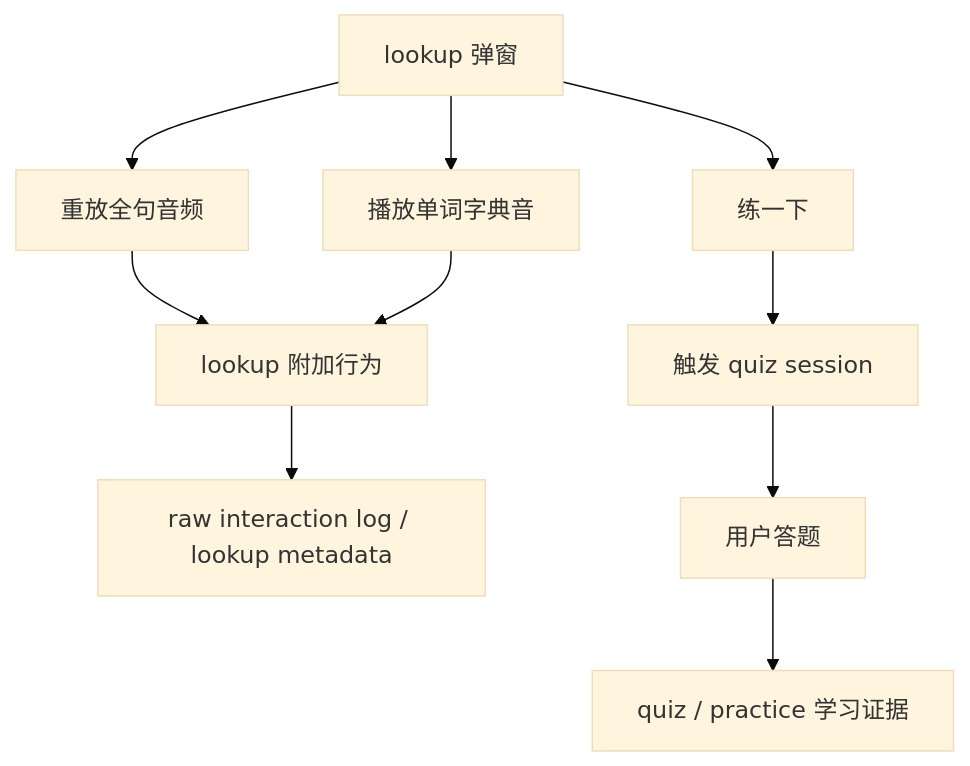
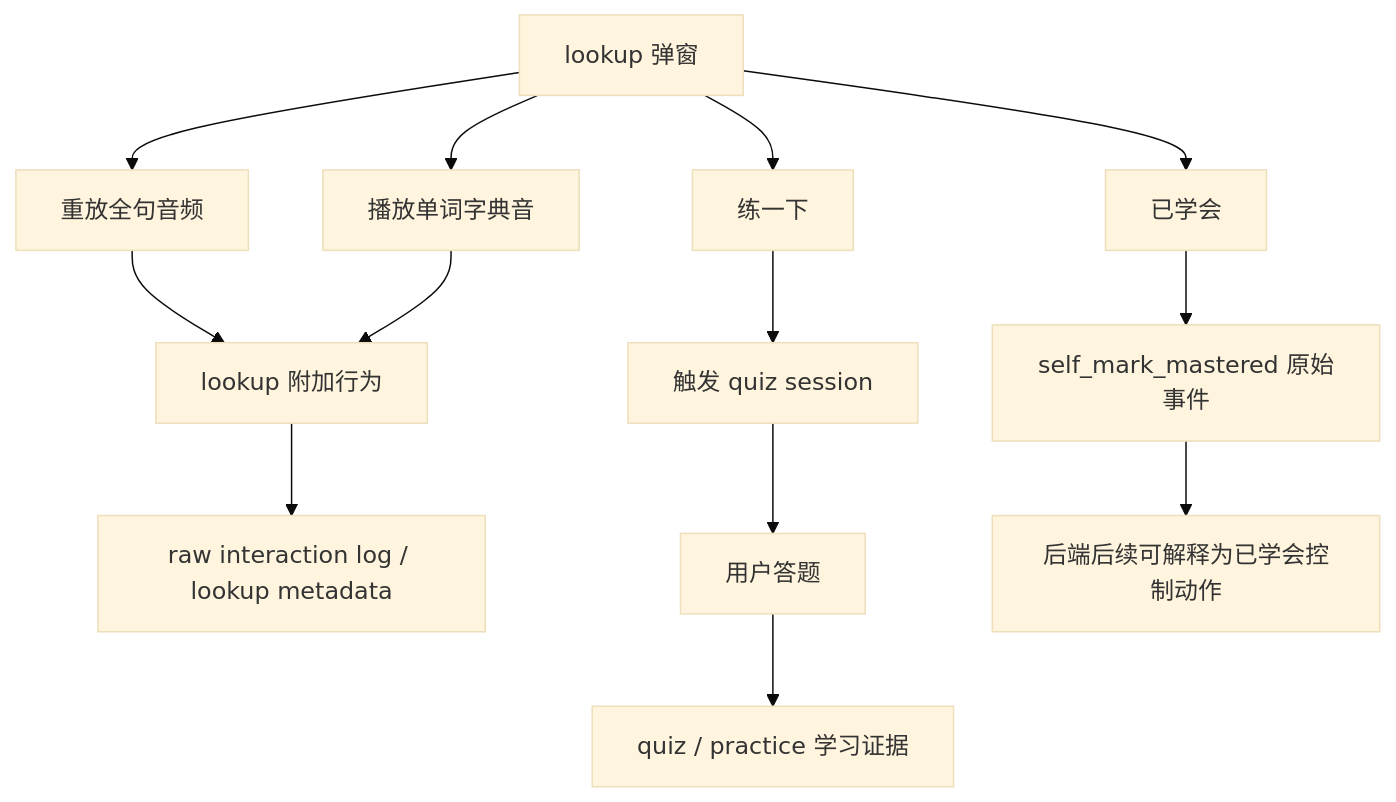
One commit to bionicotaku/learning-video-recommendation-system changed the ninth of 13 diagrams in docs/学习互动信号语义设计.md. Above: the diagram before and after it, drawn with Mermaid (base theme). The commit also changed other lines of this file and 12 other files, not shown here.

````diff
--- a/docs/学习互动信号语义设计.md
+++ b/docs/学习互动信号语义设计.md
@@ -429,14 +797,18 @@
 ```mermaid
 flowchart TD
     A["lookup 弹窗"] --> B["重放全句音频"]
     A --> C["播放单词字典音"]
     A --> D["练一下"]
+    A --> M["已学会"]
 
     B --> E["lookup 附加行为"]
     C --> E
     E --> F["raw interaction log / lookup metadata"]
 
     D --> G["触发 quiz session"]
     G --> H["用户答题"]
     H --> I["quiz / practice 学习证据"]
+
+    M --> N["self_mark_mastered 原始事件"]
+    N --> O["后端后续可解释为已学会控制动作"]
 ```
````
